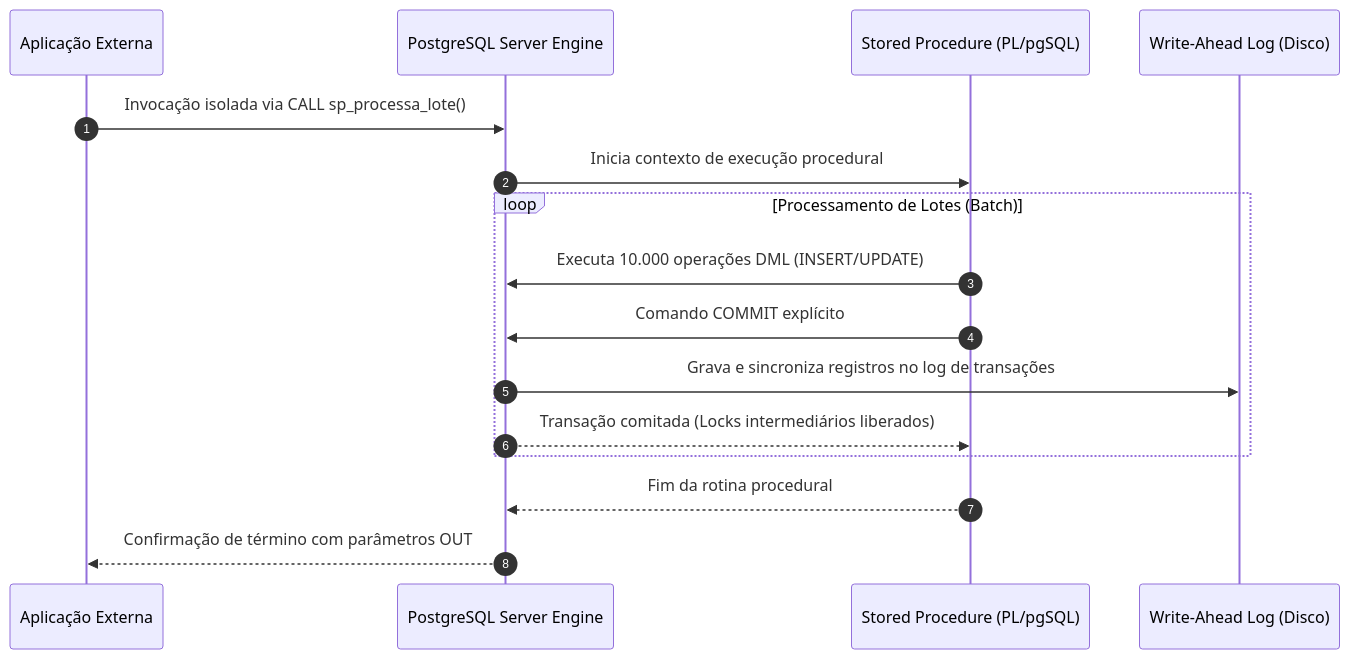
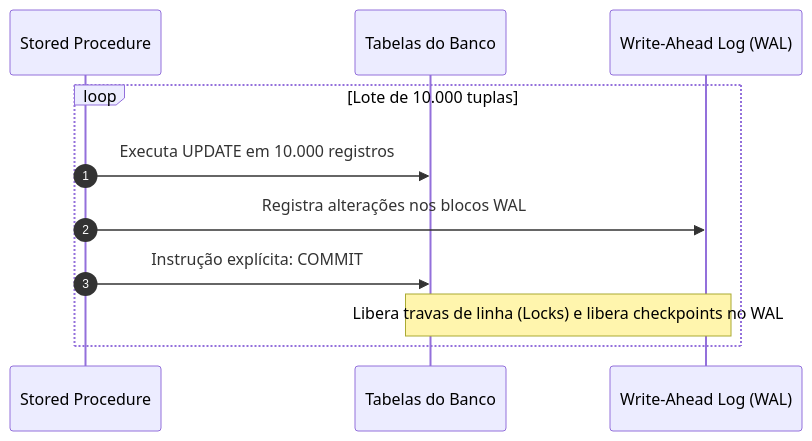
The eighth of 11 diagrams in 4º Semestre/[Prof. Welington Garcia] Tópicos Avançados em Banco de Dados/Resumos-IA/Caderno-Consolidado.md (murilolol/unifef), drawn with Mermaid before and after one commit. The commit also changed other lines of this file and 18 other files, not shown here.

````diff
--- a/4º Semestre/[Prof. Welington Garcia] Tópicos Avançados em Banco de Dados/Resumos-IA/Caderno-Consolidado.md
+++ b/4º Semestre/[Prof. Welington Garcia] Tópicos Avançados em Banco de Dados/Resumos-IA/Caderno-Consolidado.md
@@ -317,19 +421,14 @@
 ```mermaid
 sequenceDiagram
-    autonumber
-    participant App as Aplicação Externa
-    participant Engine as PostgreSQL Server Engine
-    participant Proc as Stored Procedure (PL/pgSQL)
-    participant WAL as Write-Ahead Log (Disco)
+  autonumber
+  participant Proc as Stored Procedure
+  participant DB as Tabelas do Banco
+  participant WAL as Write-Ahead Log (WAL)
 
-    App->>Engine: Invocação isolada via CALL sp_processa_lote()
-    Engine->>Proc: Inicia contexto de execução procedural
-    loop Processamento de Lotes (Batch)
-        Proc->>Engine: Executa 10.000 operações DML (INSERT/UPDATE)
-        Proc->>Engine: Comando COMMIT explícito
-        Engine->>WAL: Grava e sincroniza registros no log de transações
-        Engine-->>Proc: Transação comitada (Locks intermediários liberados)
-    end
-    Proc-->>Engine: Fim da rotina procedural
-    Engine-->>App: Confirmação de término com parâmetros OUT
+  loop Lote de 10.000 tuplas
+    Proc->>DB: Executa UPDATE em 10.000 registros
+    Proc->>WAL: Registra alterações nos blocos WAL
+    Proc->>DB: Instrução explícita: COMMIT;
+    Note over DB,WAL: Libera travas de linha (Locks) e libera checkpoints no WAL
+  end
 ```
````
